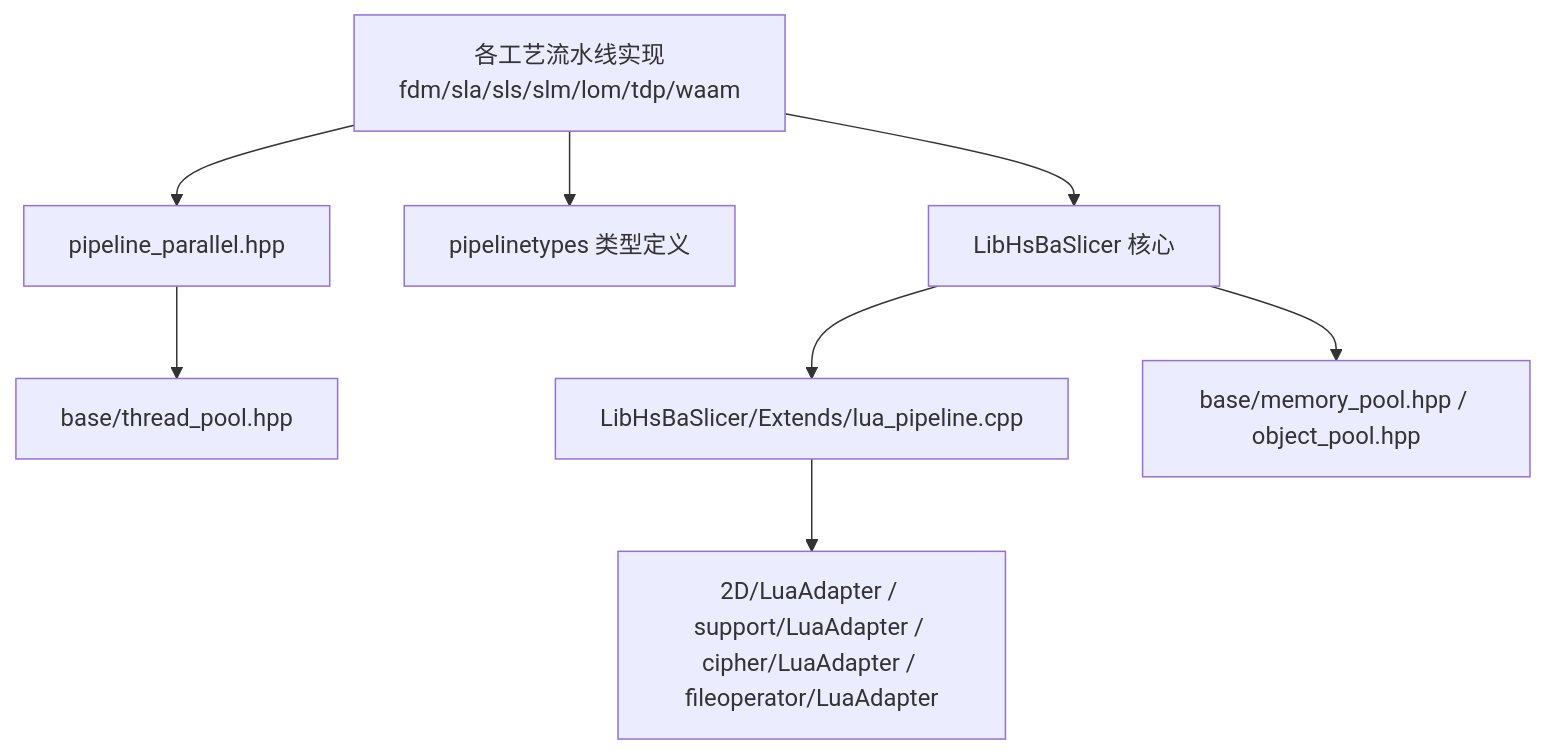
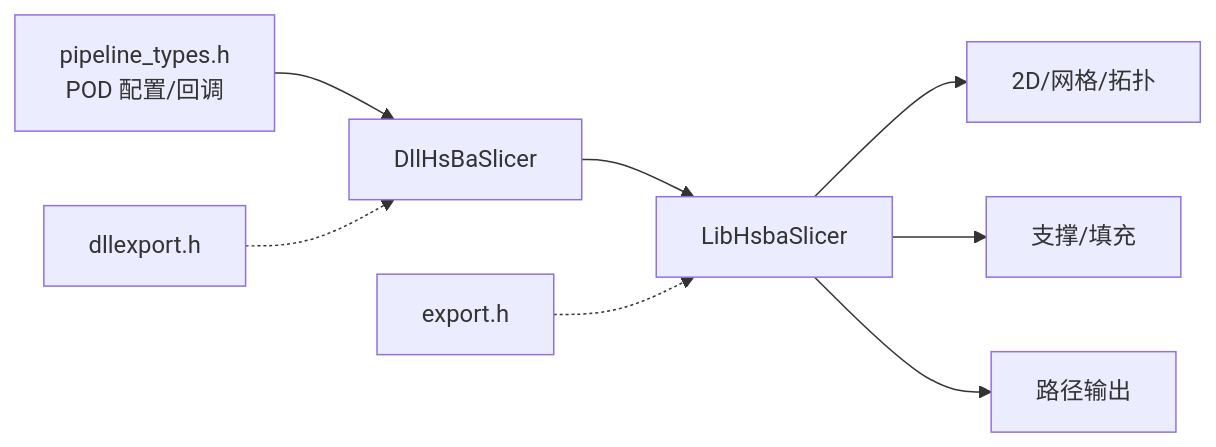
Before and after one commit to hsmbanlance/HsBaSlicer: diagram 12 of 12 in .qoder/repowiki/zh/content/高级主题/高级主题.md, drawn with Mermaid. The commit also changed other lines of this file and 1095 other files, not shown here.

````diff
--- a/.qoder/repowiki/zh/content/高级主题/高级主题.md
+++ b/.qoder/repowiki/zh/content/高级主题/高级主题.md
@@ -346,10 +360,10 @@
 ```mermaid
-graph TB
-PIPE["各工艺流水线实现<br/>fdm/sla/sls/slm/lom/tdp/waam"] --> CORE["LibHsBaSlicer 核心"]
-PIPE --> TYPES["pipelinetypes 类型定义"]
-PIPE --> PAR["pipeline_parallel.hpp"]
-PAR --> TP["base/thread_pool.hpp"]
-CORE --> LUAEXT["LibHsBaSlicer/Extends/lua_pipeline.cpp"]
-LUAEXT --> ADAPTERS["2D/LuaAdapter / support/LuaAdapter / cipher/LuaAdapter / fileoperator/LuaAdapter"]
-CORE --> MEM["base/memory_pool.hpp / object_pool.hpp"]
+graph LR
+PIPE["pipeline_types.h<br/>POD 配置/回调"] --> DLL["DllHsBaSlicer"]
+DLL --> CORE["LibHsbaSlicer"]
+CORE --> GEO["2D/网格/拓扑"]
+CORE --> SUP["支撑/填充"]
+CORE --> PATH["路径输出"]
+DLLEX["dllexport.h"] -.-> DLL
+EXPH["export.h"] -.-> CORE
 ```
````
